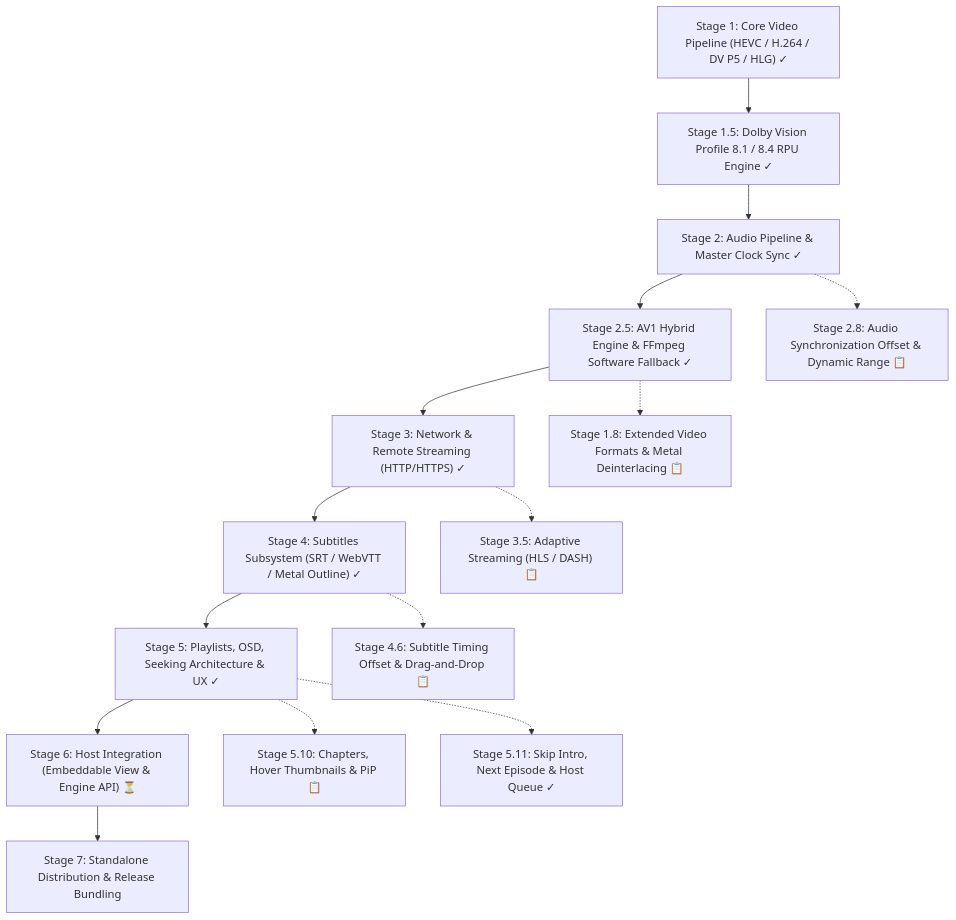
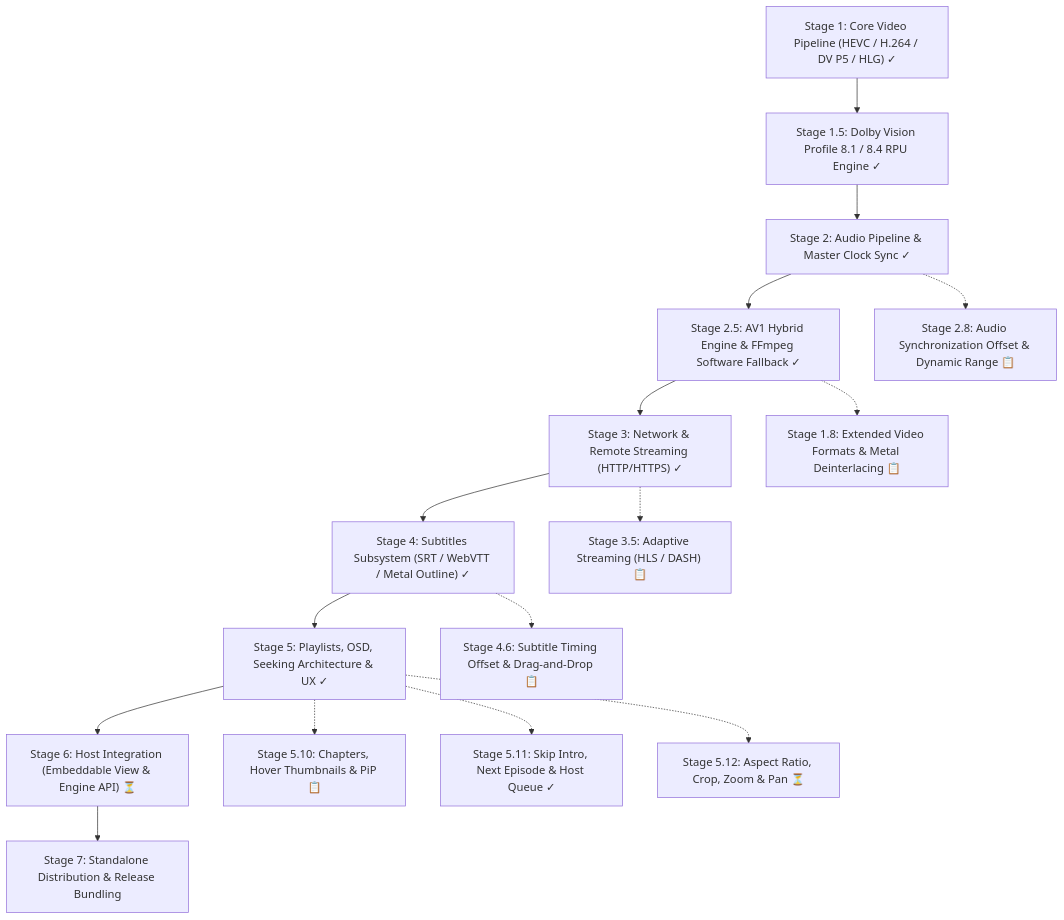
One commit to ghotriw/nits changed the diagram in docs/ROADMAP.md. Above: the diagram before and after it, drawn with Mermaid. The commit also changed other lines of this file and 28 other files, not shown here.

First line of the commit message:
feat(video): aspect ratio override, crop, scaling modes, zoom and pan

````diff
--- a/docs/ROADMAP.md
+++ b/docs/ROADMAP.md
@@ -24,18 +24,19 @@
 ```mermaid
 flowchart TD
     M1["Stage 1: Core Video Pipeline (HEVC / H.264 / DV P5 / HLG) ✓"] --> M15["Stage 1.5: Dolby Vision Profile 8.1 / 8.4 RPU Engine ✓"]
     M15 --> M2["Stage 2: Audio Pipeline & Master Clock Sync ✓"]
     M2 --> M25["Stage 2.5: AV1 Hybrid Engine & FFmpeg Software Fallback ✓"]
     M25 --> M3["Stage 3: Network & Remote Streaming (HTTP/HTTPS) ✓"]
     M3 --> M4["Stage 4: Subtitles Subsystem (SRT / WebVTT / Metal Outline) ✓"]
     M4 --> M5["Stage 5: Playlists, OSD, Seeking Architecture & UX ✓"]
     M5 --> M6["Stage 6: Host Integration (Embeddable View & Engine API) ⏳"]
     M6 --> M7["Stage 7: Standalone Distribution & Release Bundling"]
     
     M25 -.-> M1X["Stage 1.8: Extended Video Formats & Metal Deinterlacing 📋"]
     M2 -.-> M2X["Stage 2.8: Audio Synchronization Offset & Dynamic Range 📋"]
     M3 -.-> M3X["Stage 3.5: Adaptive Streaming (HLS / DASH) 📋"]
     M4 -.-> M4X["Stage 4.6: Subtitle Timing Offset & Drag-and-Drop 📋"]
     M5 -.-> M5X["Stage 5.10: Chapters, Hover Thumbnails & PiP 📋"]
     M5 -.-> M5Y["Stage 5.11: Skip Intro, Next Episode & Host Queue ✓"]
+    M5 -.-> M5Z["Stage 5.12: Aspect Ratio, Crop, Zoom & Pan ⏳"]
 ```
````
